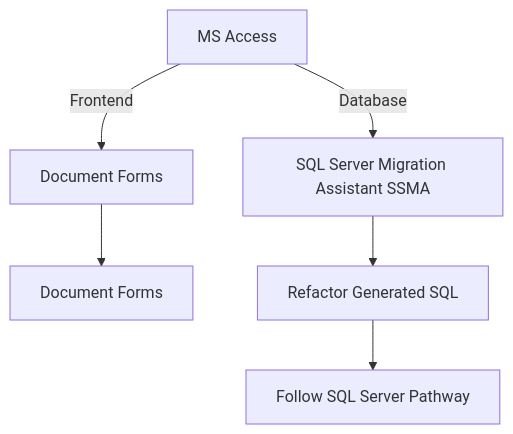
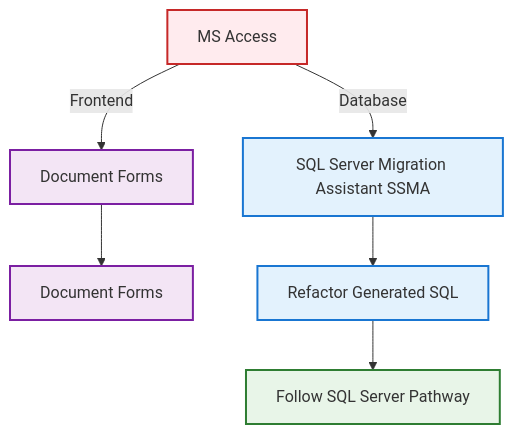
Before and after one commit to DEFRA/defra-ai-legacy-modernisation: the diagram in playbook/pages/pathways/ms-access/README.md, drawn with Mermaid. The commit also changed other lines of this file and 33 other files, not shown here.

```diff
--- a/playbook/pages/pathways/ms-access/README.md
+++ b/playbook/pages/pathways/ms-access/README.md
@@ -12,8 +12,18 @@
 <pre class="mermaid">
 graph TD
     A[MS Access] -->|Frontend| B[Document Forms]
     B --> C[Document Forms]
     A -->|Database| D[SQL Server Migration Assistant SSMA]
     D --> E[Refactor Generated SQL]
     E --> F[Follow SQL Server Pathway]
+
+    classDef legacy fill:#ffebee,stroke:#c62828,stroke-width:2px
+    classDef frontend fill:#f3e5f5,stroke:#7b1fa2,stroke-width:2px
+    classDef migration fill:#e3f2fd,stroke:#1976d2,stroke-width:2px
+    classDef pathway fill:#e8f5e8,stroke:#2e7d32,stroke-width:2px
+
+    class A legacy
+    class B,C frontend
+    class D,E migration
+    class F pathway
 </pre>
```
